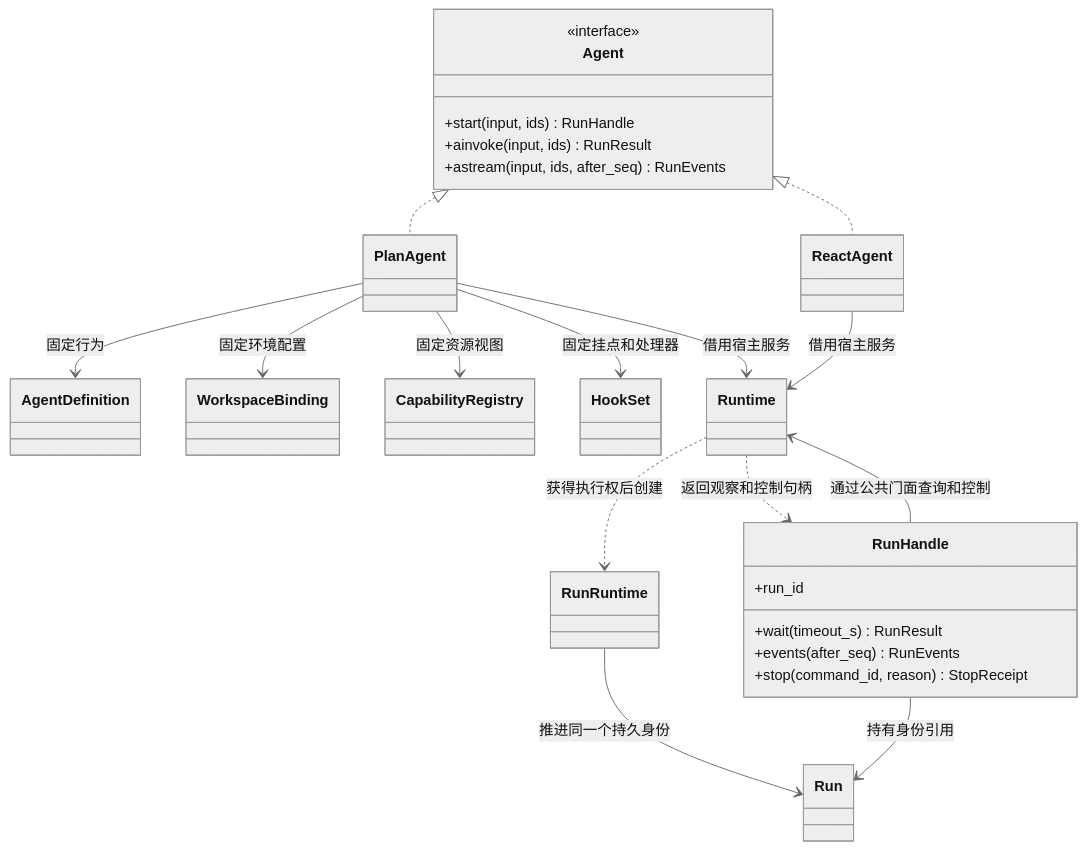
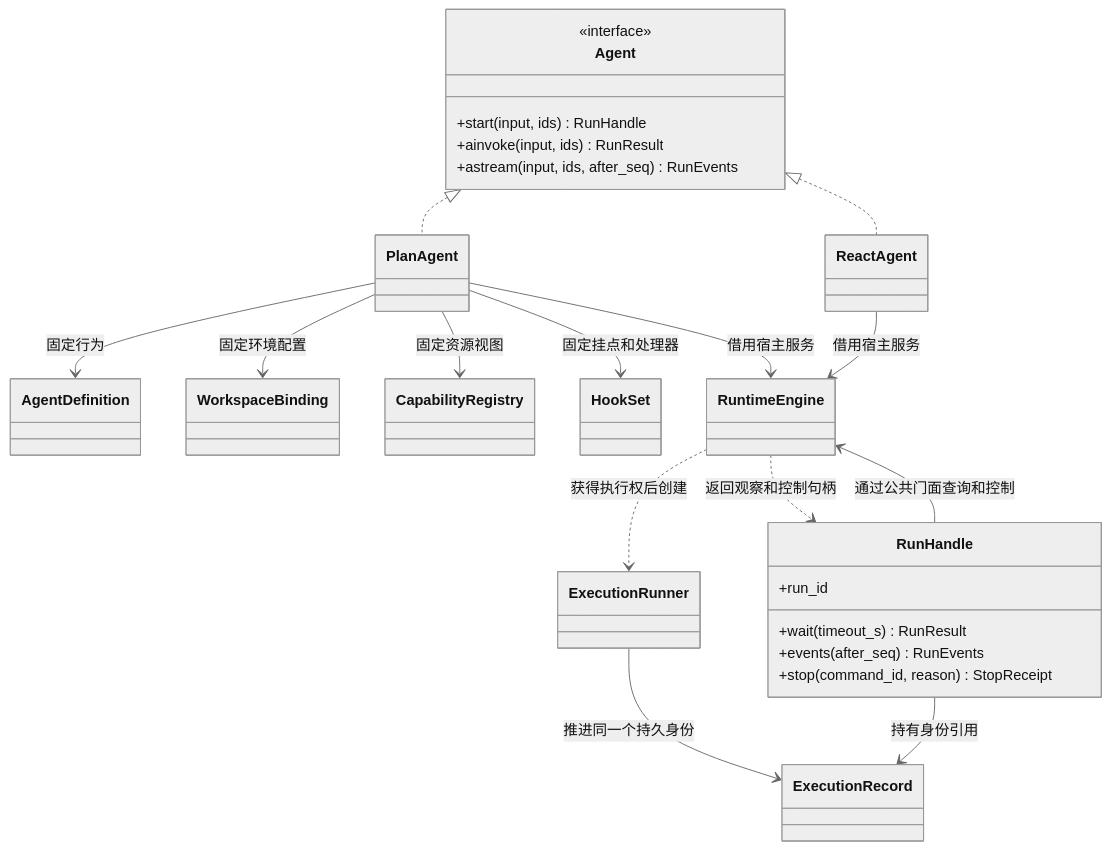
The first of 2 diagrams in docs/sdk/assembly.md (dujian0068/agent-loom), drawn with Mermaid (neutral theme) before and after one commit. The commit also changed other lines of this file and 28 other files, not shown here.

Commit message:
docs: clarify runtime scopes and AgentNode composition

````diff
--- a/docs/sdk/assembly.md
+++ b/docs/sdk/assembly.md
@@ -18,37 +18,37 @@
 ```mermaid
 classDiagram
     class AgentDefinition
     class WorkspaceBinding
     class CapabilityRegistry
     class HookSet
     class Agent {
       <<interface>>
       +start(input, ids) RunHandle
       +ainvoke(input, ids) RunResult
       +astream(input, ids, after_seq) RunEvents
     }
     class ReactAgent
     class PlanAgent
-    class Runtime
+    class RuntimeEngine
     class RunHandle {
       +run_id
       +wait(timeout_s) RunResult
       +events(after_seq) RunEvents
       +stop(command_id, reason) StopReceipt
     }
-    class RunRuntime
-    class Run
+    class ExecutionRunner
+    class ExecutionRecord
     Agent <|.. ReactAgent
     Agent <|.. PlanAgent
     PlanAgent --> AgentDefinition : 固定行为
     PlanAgent --> WorkspaceBinding : 固定环境配置
     PlanAgent --> CapabilityRegistry : 固定资源视图
     PlanAgent --> HookSet : 固定挂点和处理器
-    PlanAgent --> Runtime : 借用宿主服务
-    ReactAgent --> Runtime : 借用宿主服务
-    Runtime ..> RunRuntime : 获得执行权后创建
-    Runtime ..> RunHandle : 返回观察和控制句柄
-    RunRuntime --> Run : 推进同一个持久身份
-    RunHandle --> Runtime : 通过公共门面查询和控制
-    RunHandle --> Run : 持有身份引用
+    PlanAgent --> RuntimeEngine : 借用宿主服务
+    ReactAgent --> RuntimeEngine : 借用宿主服务
+    RuntimeEngine ..> ExecutionRunner : 获得执行权后创建
+    RuntimeEngine ..> RunHandle : 返回观察和控制句柄
+    ExecutionRunner --> ExecutionRecord : 推进同一个持久身份
+    RunHandle --> RuntimeEngine : 通过公共门面查询和控制
+    RunHandle --> ExecutionRecord : 持有身份引用
 ```
````
